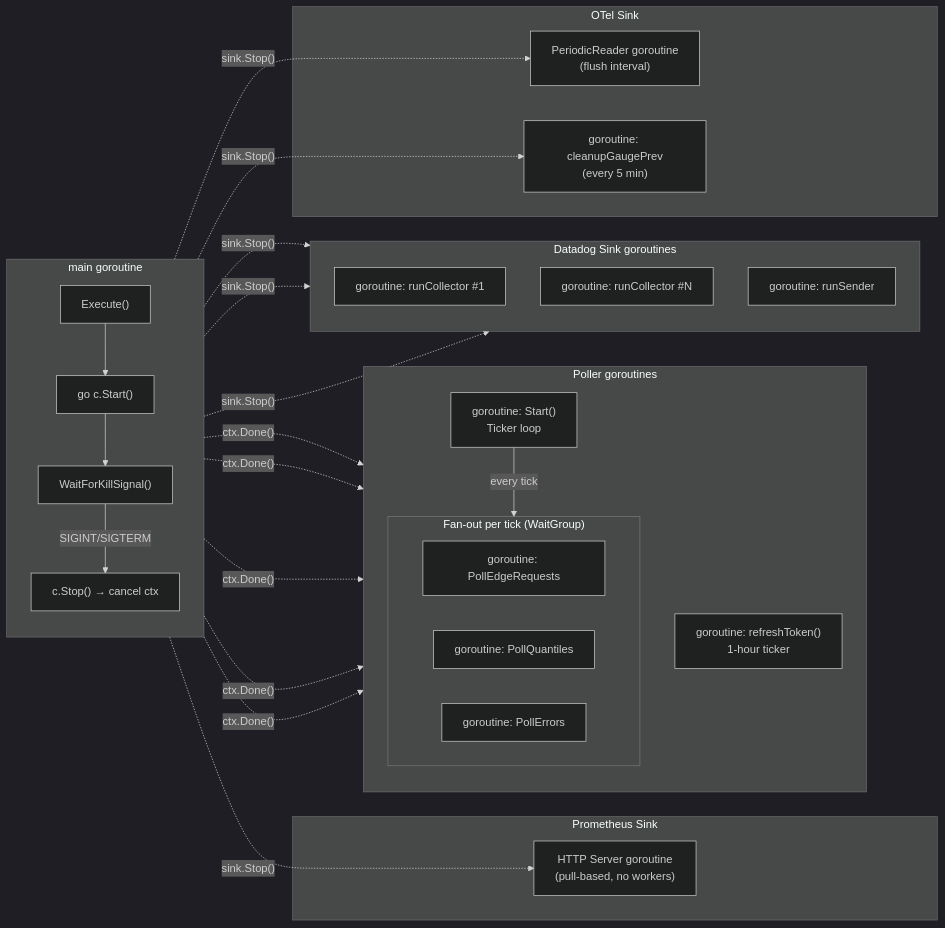
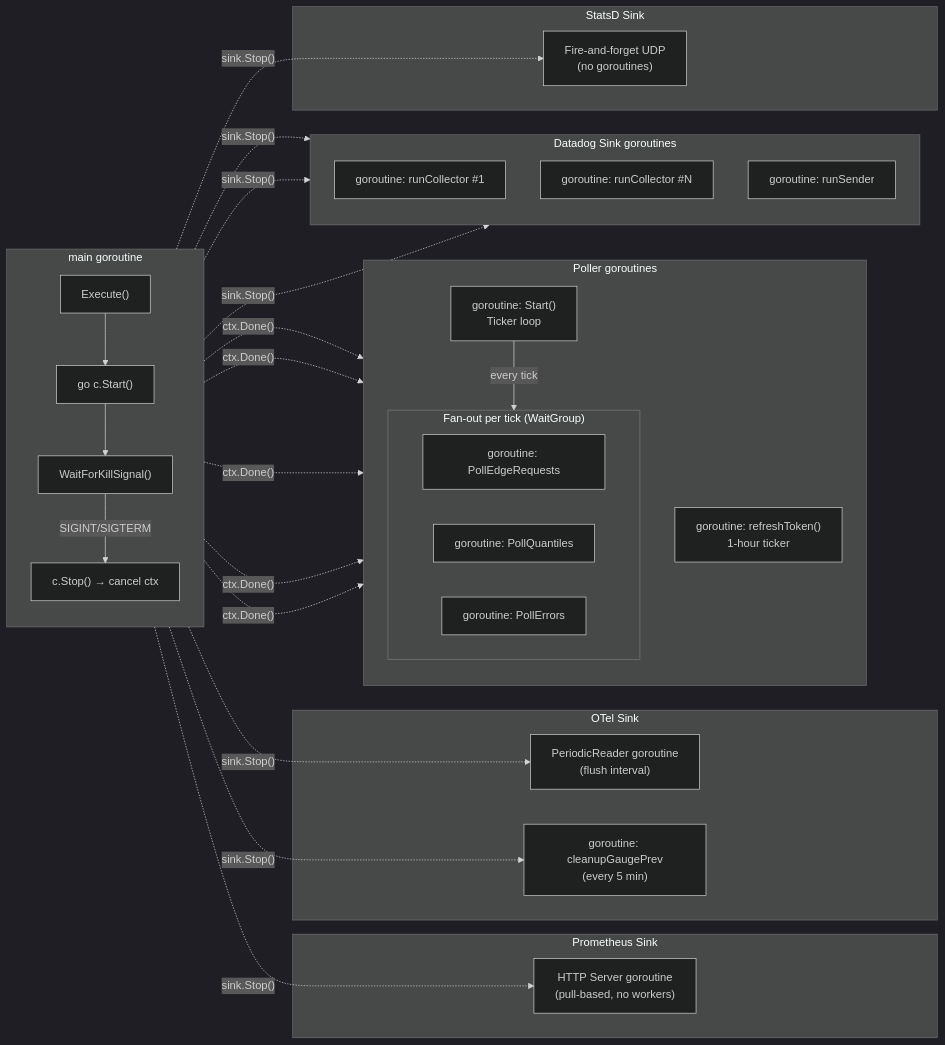
One commit to mercereau/hydrolix-metrics-go changed the second of 5 diagrams in ARCHITECTURE.md. Above: the diagram before and after it, drawn with Mermaid (dark theme). The commit also changed other lines of this file and 1 other file, not shown here.

Commit message:
update architecture and design docs

````diff
--- a/ARCHITECTURE.md
+++ b/ARCHITECTURE.md
@@ -66,43 +70,47 @@
 ```mermaid
 flowchart LR
     subgraph main["main goroutine"]
         direction TB
         M1["Execute()"] --> M2["go c.Start()"]
         M2 --> M3["WaitForKillSignal()"]
         M3 -->|SIGINT/SIGTERM| M4["c.Stop() → cancel ctx"]
     end
 
     subgraph poller["Poller goroutines"]
         direction TB
         G1["goroutine: Start()<br/>Ticker loop"]
         G2["goroutine: refreshToken()<br/>1-hour ticker"]
 
         G1 -->|"every tick"| FAN
 
         subgraph FAN["Fan-out per tick (WaitGroup)"]
             direction LR
             P1["goroutine: PollEdgeRequests"]
             P2["goroutine: PollQuantiles"]
             P3["goroutine: PollErrors"]
         end
     end
 
     subgraph ddsink["Datadog Sink goroutines"]
         direction TB
         C1["goroutine: runCollector #1"]
         CN["goroutine: runCollector #N"]
         S1["goroutine: runSender"]
     end
 
     subgraph promsink["Prometheus Sink"]
         HTTP["HTTP Server goroutine<br/>(pull-based, no workers)"]
     end
 
     subgraph otelsink["OTel Sink"]
         PR["PeriodicReader goroutine<br/>(flush interval)"]
         CL["goroutine: cleanupGaugePrev<br/>(every 5 min)"]
     end
 
+    subgraph statsdsink["StatsD Sink"]
+        UDP["Fire-and-forget UDP<br/>(no goroutines)"]
+    end
+
     M4 -.->|"ctx.Done()"| G1 & G2 & P1 & P2 & P3
-    M4 -.->|"sink.Stop()"| C1 & CN & S1 & HTTP & PR & CL
+    M4 -.->|"sink.Stop()"| C1 & CN & S1 & HTTP & PR & CL & UDP
 ```
````
